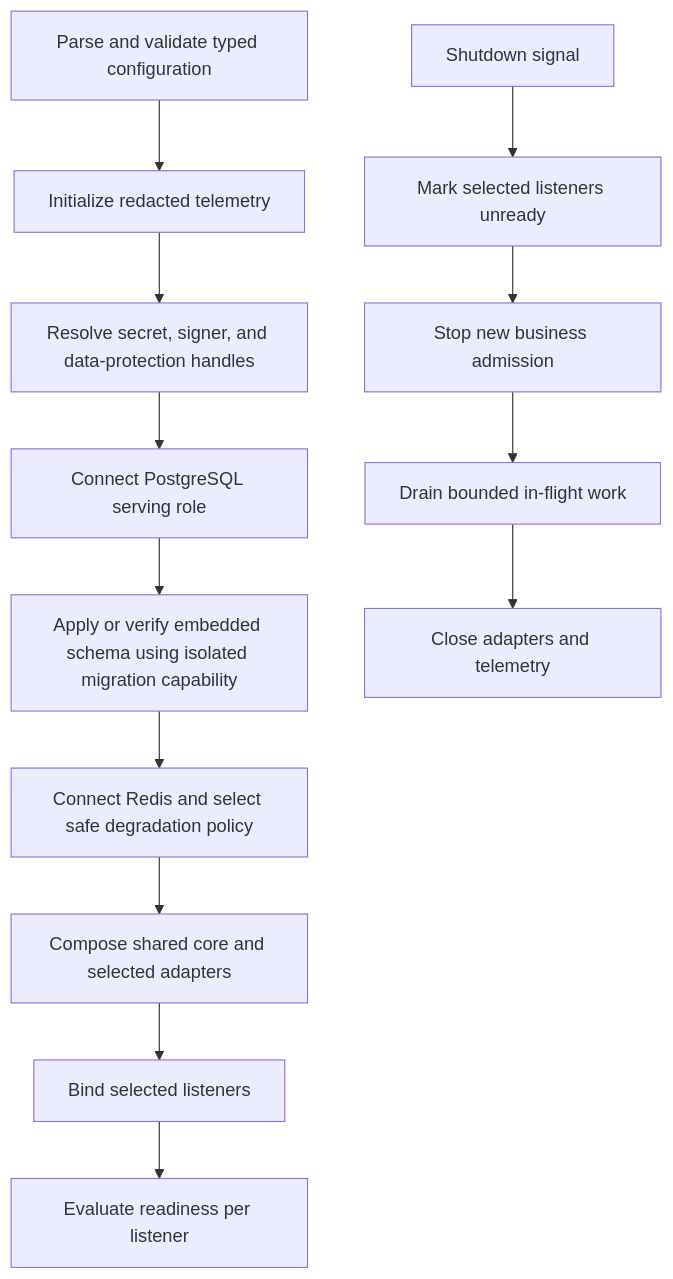
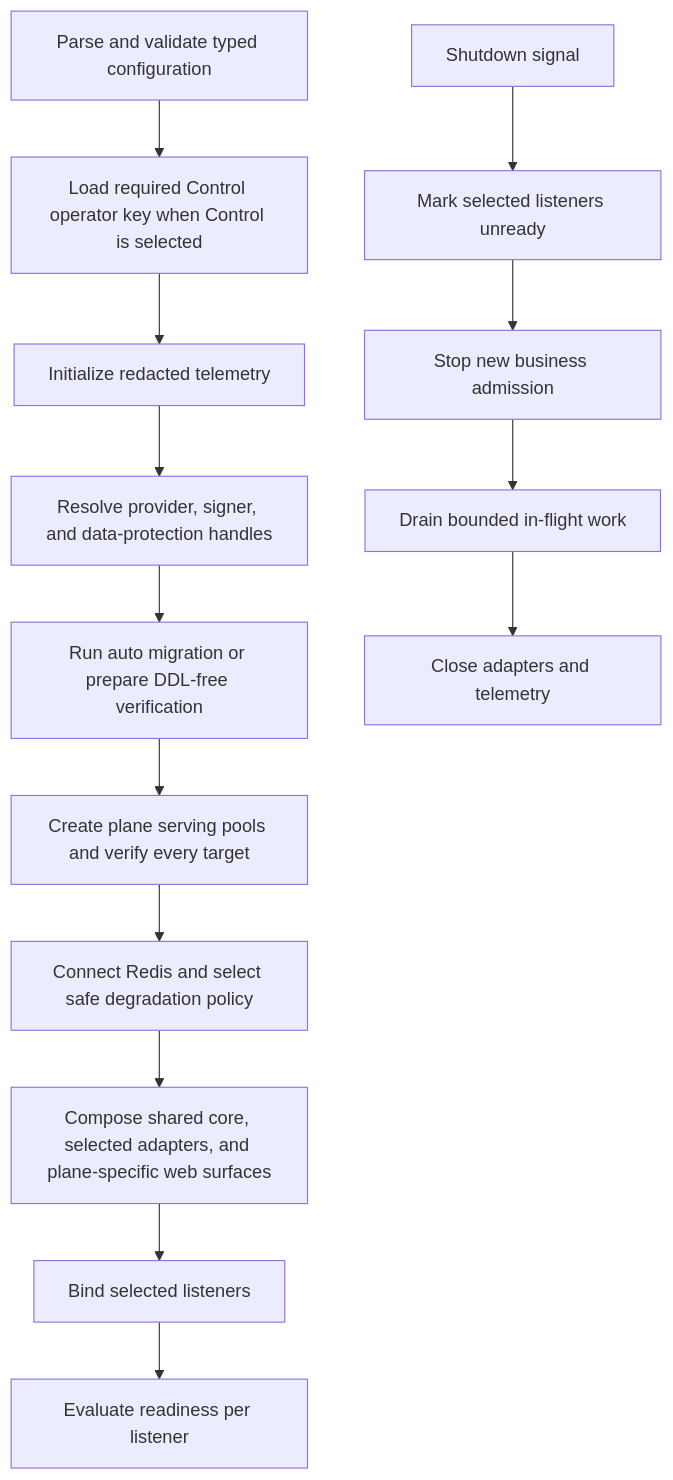
Before and after one commit to owlfoundry/owlauth: the first of 4 diagrams in spec/06-operations-configuration-and-security.md, drawn with Mermaid. The commit also changed other lines of this file and 35 other files, not shown here.

First line of the commit message:
docs(repo): define hosted web and SaaS architecture

````diff
--- a/spec/06-operations-configuration-and-security.md
+++ b/spec/06-operations-configuration-and-security.md
@@ -17,16 +17,17 @@
 ```mermaid
 flowchart TD
-    Config[Parse and validate typed configuration] --> Telemetry[Initialize redacted telemetry]
-    Telemetry --> Secrets[Resolve secret, signer, and data-protection handles]
-    Secrets --> PG[Connect PostgreSQL serving role]
-    PG --> Schema[Apply or verify embedded schema using isolated migration capability]
-    Schema --> Redis[Connect Redis and select safe degradation policy]
-    Redis --> Core[Compose shared core and selected adapters]
+    Config[Parse and validate typed configuration] --> OperatorKey[Load required Control operator key when Control is selected]
+    OperatorKey --> Telemetry[Initialize redacted telemetry]
+    Telemetry --> Secrets[Resolve provider, signer, and data-protection handles]
+    Secrets --> Schema[Run auto migration or prepare DDL-free verification]
+    Schema --> PG[Create plane serving pools and verify every target]
+    PG --> Redis[Connect Redis and select safe degradation policy]
+    Redis --> Core[Compose shared core, selected adapters, and plane-specific web surfaces]
     Core --> Bind[Bind selected listeners]
     Bind --> Ready[Evaluate readiness per listener]
 
     Stop[Shutdown signal] --> Unready[Mark selected listeners unready]
     Unready --> Admission[Stop new business admission]
     Admission --> Drain[Drain bounded in-flight work]
     Drain --> Close[Close adapters and telemetry]
 ```
````
